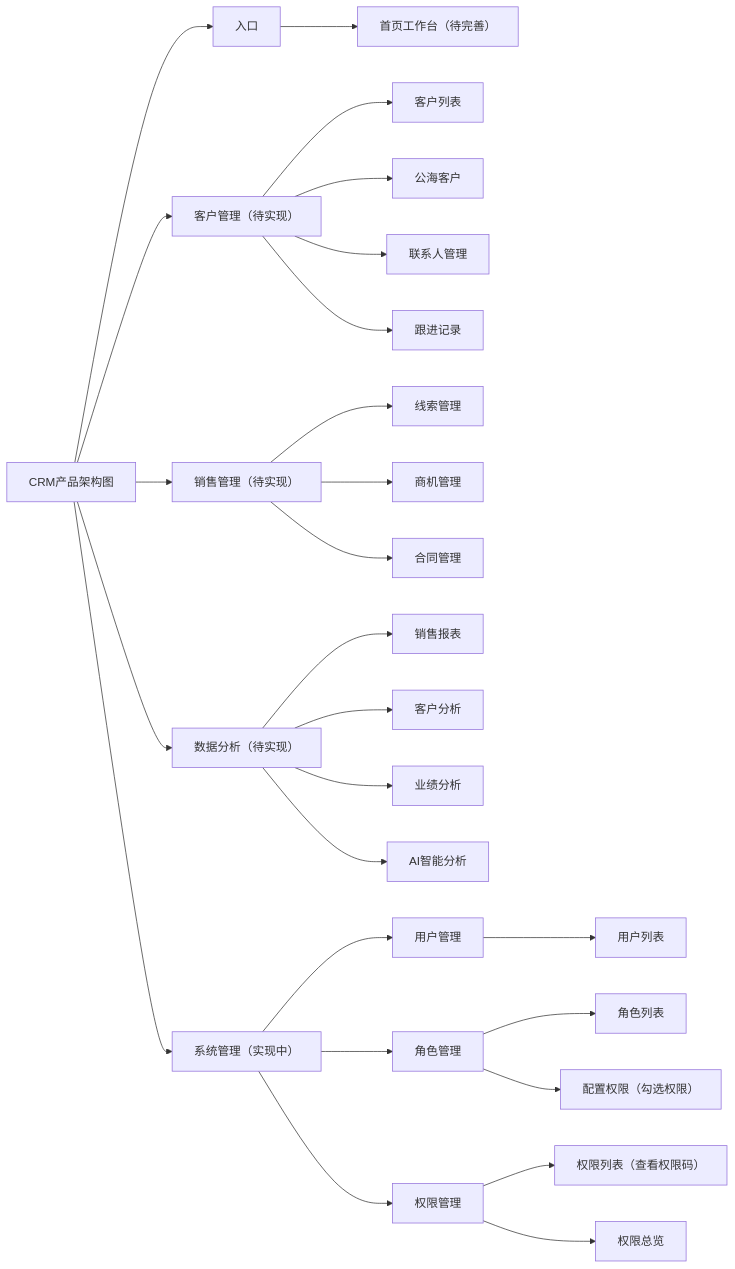
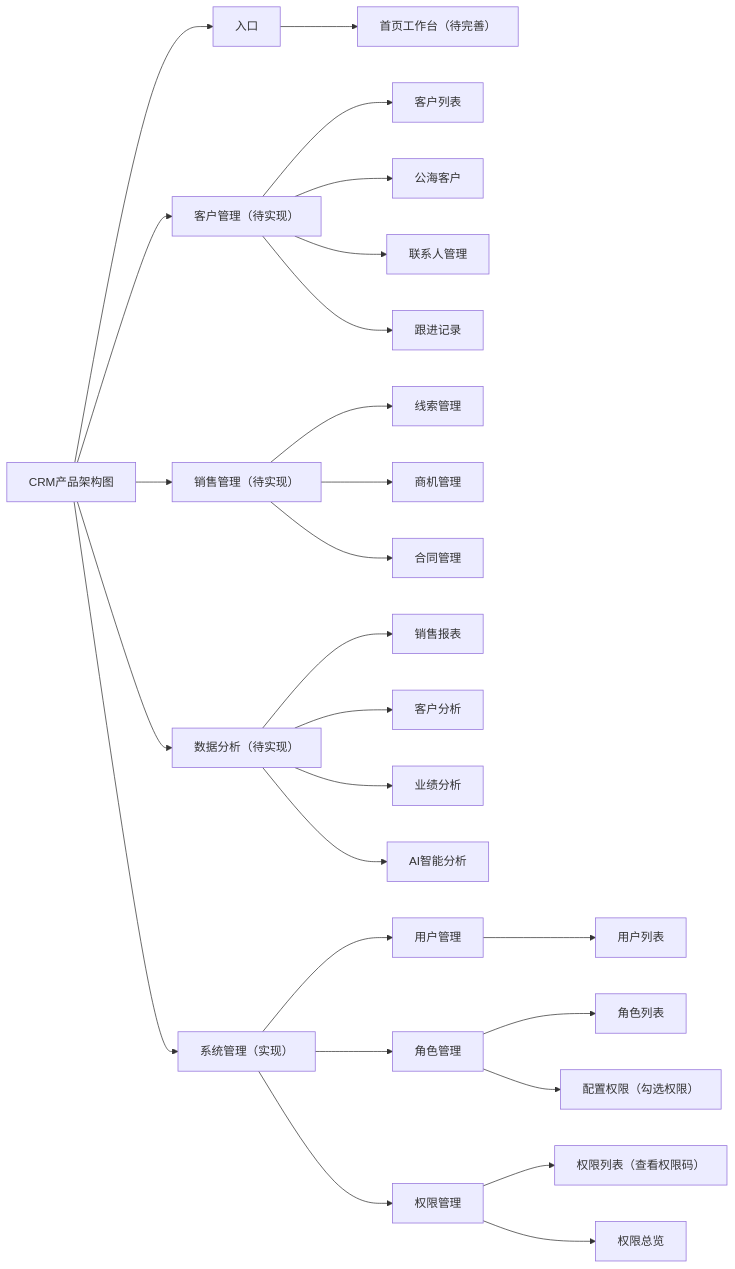
One commit to wanglu12890/crm-system changed the diagram in docs/产品架构图.md. Above: the diagram before and after it, drawn with Mermaid. The commit also changed 6 other files, not shown here.

Commit message:
feat(customer): prepare customer management v1 schema and test data

````diff
--- a/docs/产品架构图.md
+++ b/docs/产品架构图.md
@@ -3,36 +3,36 @@
 ```mermaid
 graph LR
     CRM[CRM产品架构图]
 
     CRM --> A[入口]
     A --> A1[首页工作台（待完善）]
 
     CRM --> B[客户管理（待实现）]
     B --> B1[客户列表]
     B --> B2[公海客户]
     B --> B3[联系人管理]
     B --> B4[跟进记录]
 
     CRM --> C[销售管理（待实现）]
     C --> C1[线索管理]
     C --> C2[商机管理]
     C --> C3[合同管理]
 
     CRM --> D[数据分析（待实现）]
     D --> D1[销售报表]
     D --> D2[客户分析]
     D --> D3[业绩分析]
     D --> D4[AI智能分析]
 
-    CRM --> E[系统管理（实现中）]
+    CRM --> E[系统管理（实现）]
     E --> E1[用户管理]
     E1 --> E11[用户列表]
 
     E --> E2[角色管理]
     E2 --> E21[角色列表]
     E2 --> E22[配置权限（勾选权限）]
 
     E --> E3[权限管理]
     E3 --> E31[权限列表（查看权限码）]
     E3 --> E32[权限总览]
 ```
````
